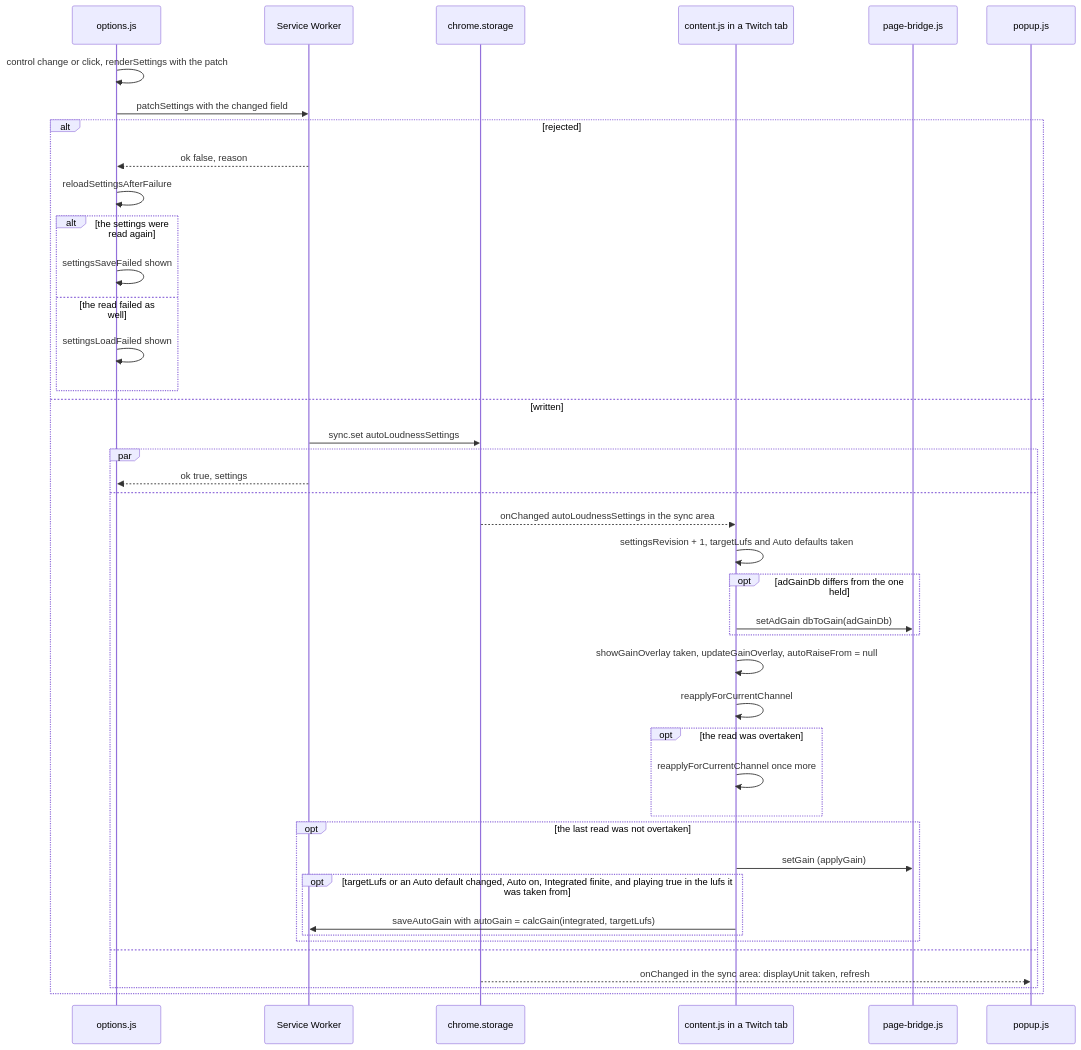
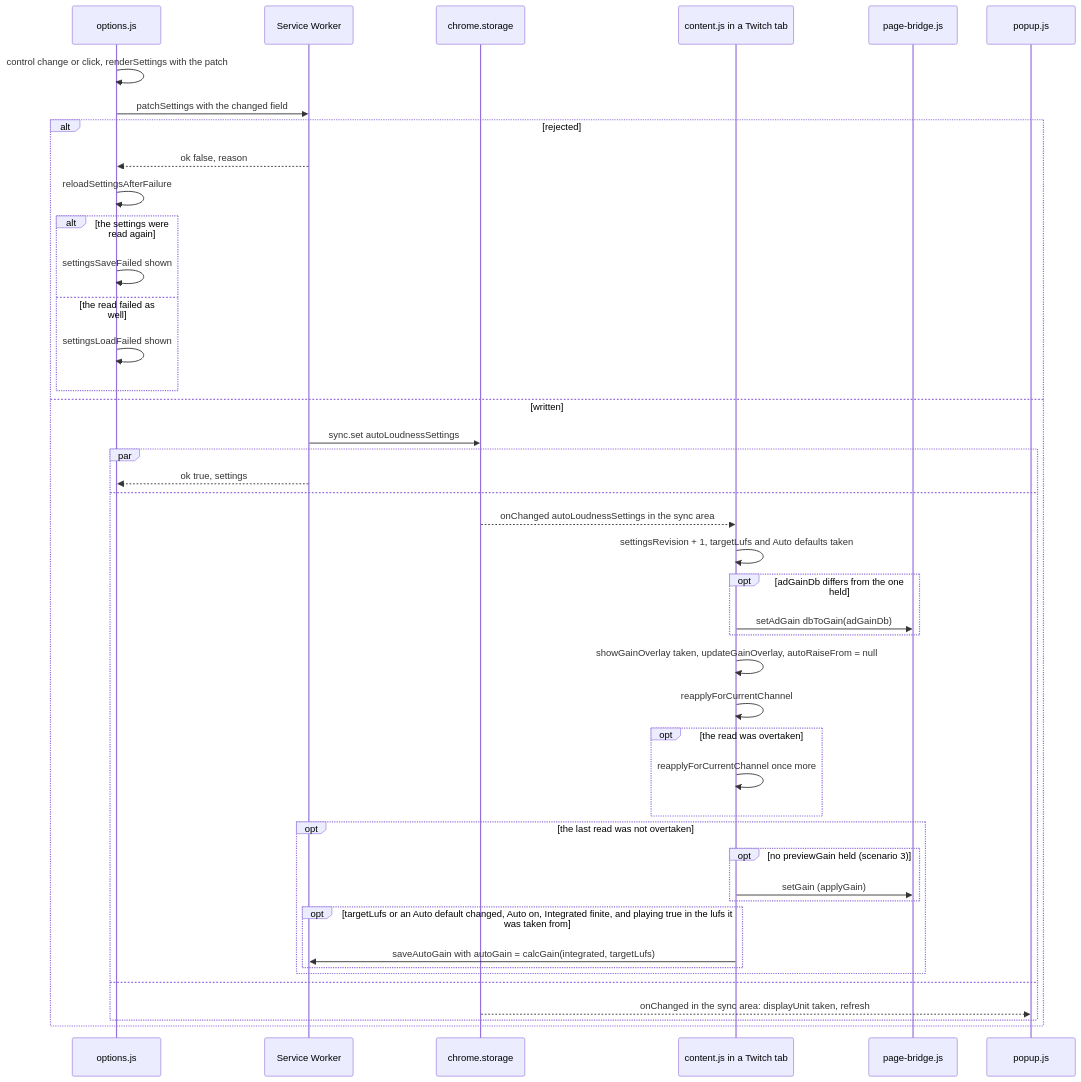
Before and after one commit to semnil/twitch-channel-volume: diagram 13 of 17 in docs/gain-change-and-save.md, drawn with Mermaid. The commit also changed other lines of this file and 6 other files, not shown here.

````diff
--- a/docs/gain-change-and-save.md
+++ b/docs/gain-change-and-save.md
@@ -565,44 +582,46 @@
 ```mermaid
 sequenceDiagram
   participant options as options.js
   participant sw as Service Worker
   participant storage as chrome.storage
   participant content as content.js in a Twitch tab
   participant bridge as page-bridge.js
   participant popup as popup.js
   options->>options: control change or click, renderSettings with the patch
   options->>sw: patchSettings with the changed field
   alt rejected
     sw-->>options: ok false, reason
     options->>options: reloadSettingsAfterFailure
     alt the settings were read again
       options->>options: settingsSaveFailed shown
     else the read failed as well
       options->>options: settingsLoadFailed shown
     end
   else written
     sw->>storage: sync.set autoLoudnessSettings
     par
       sw-->>options: ok true, settings
     and
       storage-->>content: onChanged autoLoudnessSettings in the sync area
       content->>content: settingsRevision + 1, targetLufs and Auto defaults taken
       opt adGainDb differs from the one held
         content->>bridge: setAdGain dbToGain(adGainDb)
       end
       content->>content: showGainOverlay taken, updateGainOverlay, autoRaiseFrom = null
       content->>content: reapplyForCurrentChannel
       opt the read was overtaken
         content->>content: reapplyForCurrentChannel once more
       end
       opt the last read was not overtaken
-        content->>bridge: setGain (applyGain)
+        opt no previewGain held (scenario 3)
+          content->>bridge: setGain (applyGain)
+        end
         opt targetLufs or an Auto default changed, Auto on, Integrated finite, and playing true in the lufs it was taken from
           content->>sw: saveAutoGain with autoGain = calcGain(integrated, targetLufs)
         end
       end
     and
       storage-->>popup: onChanged in the sync area: displayUnit taken, refresh
     end
   end
 ```
````
